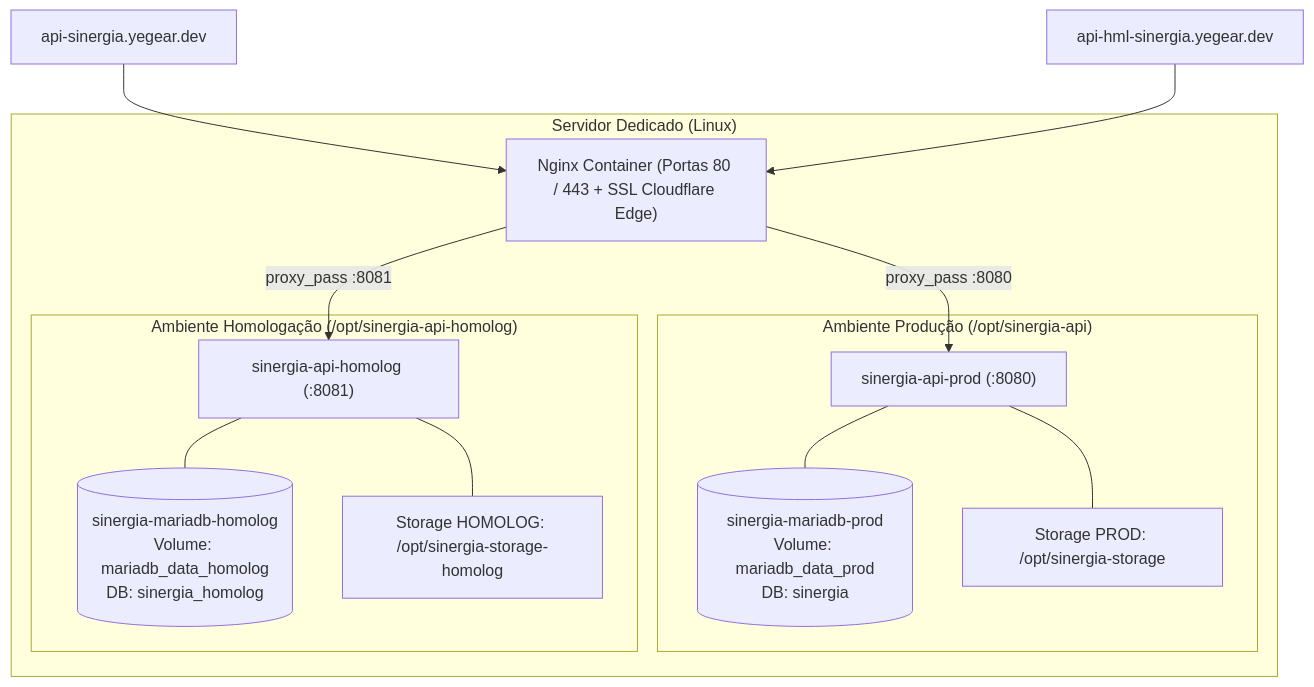
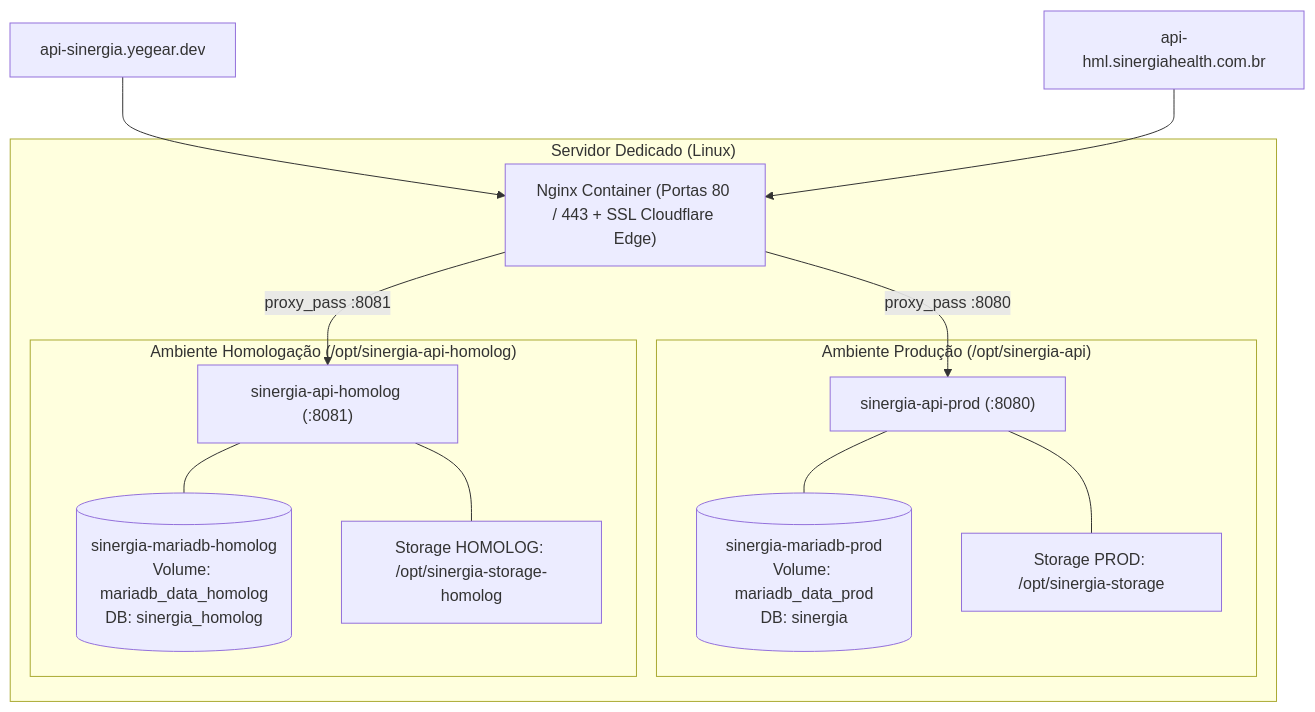
The third of 4 diagrams in docs/PLANO_CI_CD_GOVERNANCA_E_MONITORAMENTO.md (Sinergia-application/.github), drawn with Mermaid before and after one commit. The commit also changed other lines of this file, not shown here.

Commit message:
docs: define api-hml.sinergiahealth.com.br como endpoint oficial da API de homologacao

````diff
--- a/docs/PLANO_CI_CD_GOVERNANCA_E_MONITORAMENTO.md
+++ b/docs/PLANO_CI_CD_GOVERNANCA_E_MONITORAMENTO.md
@@ -187,28 +187,28 @@
 ```mermaid
 flowchart TD
     subgraph HostServer["Servidor Dedicado (Linux)"]
         NGINX["Nginx Container (Portas 80 / 443 + SSL Cloudflare Edge)"]
         
         subgraph ProdStack["Ambiente Produção (/opt/sinergia-api)"]
             API_P["sinergia-api-prod (:8080)"]
             DB_P[("sinergia-mariadb-prod\nVolume: mariadb_data_prod\nDB: sinergia")]
             STORAGE_P["Storage PROD: /opt/sinergia-storage"]
         end
 
         subgraph HomologStack["Ambiente Homologação (/opt/sinergia-api-homolog)"]
             API_H["sinergia-api-homolog (:8081)"]
             DB_H[("sinergia-mariadb-homolog\nVolume: mariadb_data_homolog\nDB: sinergia_homolog")]
             STORAGE_H["Storage HOMOLOG: /opt/sinergia-storage-homolog"]
         end
     end
 
     DOM_PROD["api-sinergia.yegear.dev"] --> NGINX
-    DOM_HOMOLOG["api-hml-sinergia.yegear.dev"] --> NGINX
+    DOM_HOMOLOG["api-hml.sinergiahealth.com.br"] --> NGINX
     NGINX -->|proxy_pass :8080| API_P
     NGINX -->|proxy_pass :8081| API_H
     
     API_P --- DB_P
     API_P --- STORAGE_P
     API_H --- DB_H
     API_H --- STORAGE_H
 ```
````
